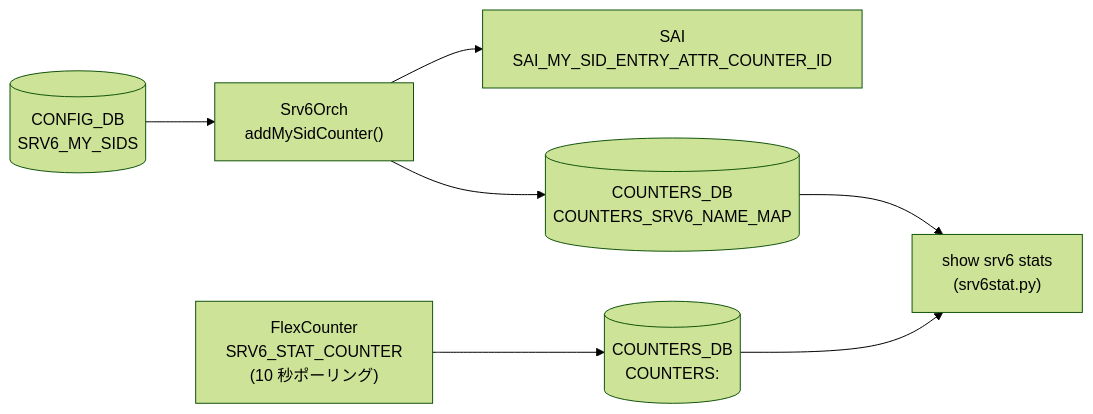
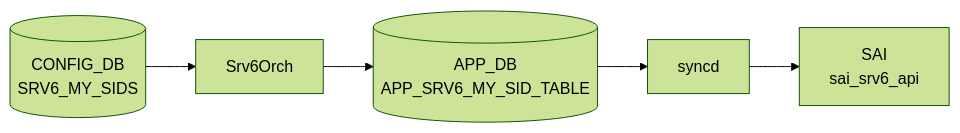
Before and after one commit to aoki-taquan/sonic-unofficial-docs: the diagram in docs/reference/config-db/srv6-state.md, drawn with Mermaid (forest theme). The commit also changed other lines of this file and 359 other files, not shown here.

````diff
--- a/docs/reference/config-db/srv6-state.md
+++ b/docs/reference/config-db/srv6-state.md
@@ -43,16 +43,12 @@
 ```mermaid
 flowchart LR
-  CFG[("CONFIG_DB<br/>SRV6_MY_SIDS")]
-  ORCH["Srv6Orch<br/>addMySidCounter()"]
-  SAI["SAI<br/>SAI_MY_SID_ENTRY_ATTR_COUNTER_ID"]
-  FC["FlexCounter<br/>SRV6_STAT_COUNTER<br/>(10 秒ポーリング)"]
-  MAP[("COUNTERS_DB<br/>COUNTERS_SRV6_NAME_MAP")]
-  CNT[("COUNTERS_DB<br/>COUNTERS:<oid>")]
-  CLI["show srv6 stats<br/>(srv6stat.py)"]
-
-  CFG --> ORCH --> SAI
-  ORCH --> MAP
-  FC --> CNT
-  MAP --> CLI
-  CNT --> CLI
+  CDB[("CONFIG_DB<br/>SRV6_MY_SIDS")]
+  DM["Srv6Orch"]
+  CDB --> DM
+  APPDB[("APP_DB<br/>APP_SRV6_MY_SID_TABLE")]
+  DM --> APPDB
+  SYNCD["syncd"]
+  APPDB --> SYNCD
+  SAI["SAI<br/>sai_srv6_api"]
+  SYNCD --> SAI
 ```
````
